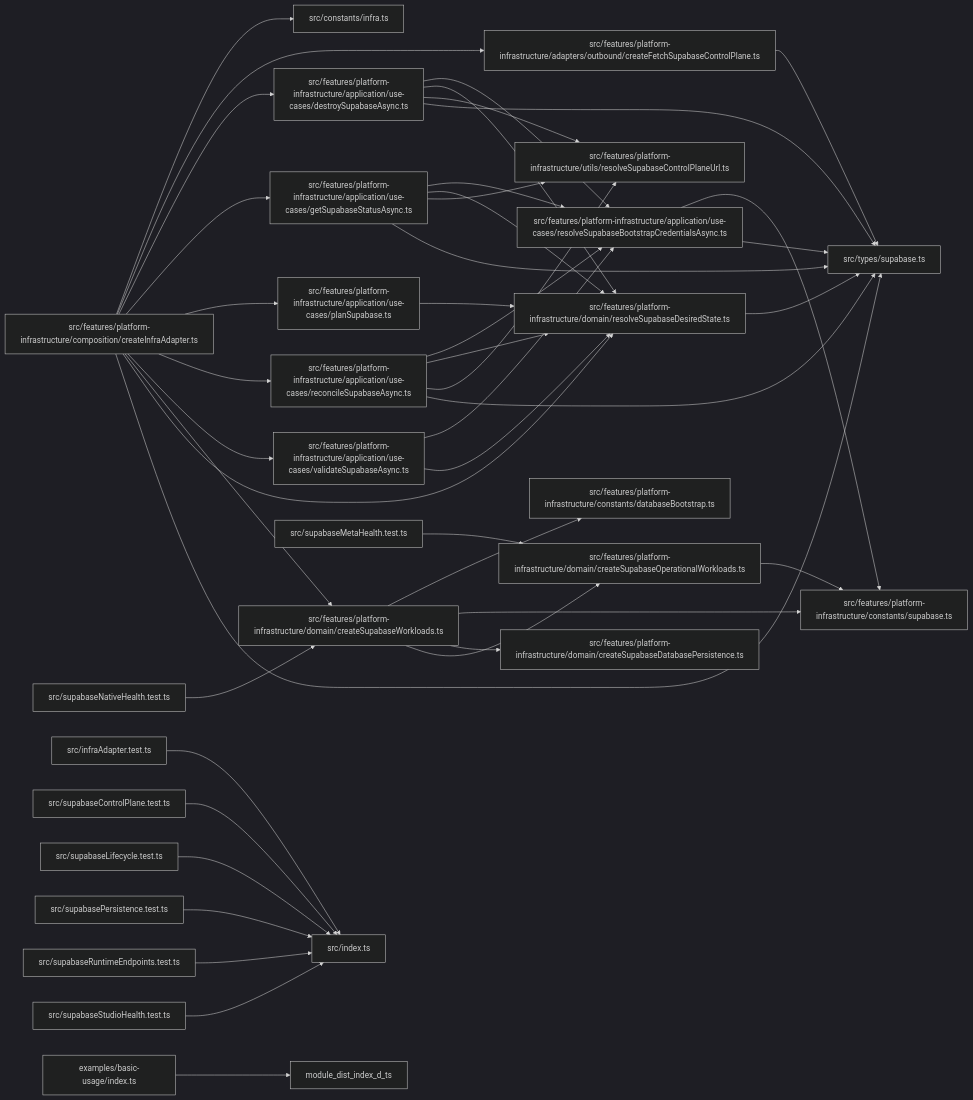
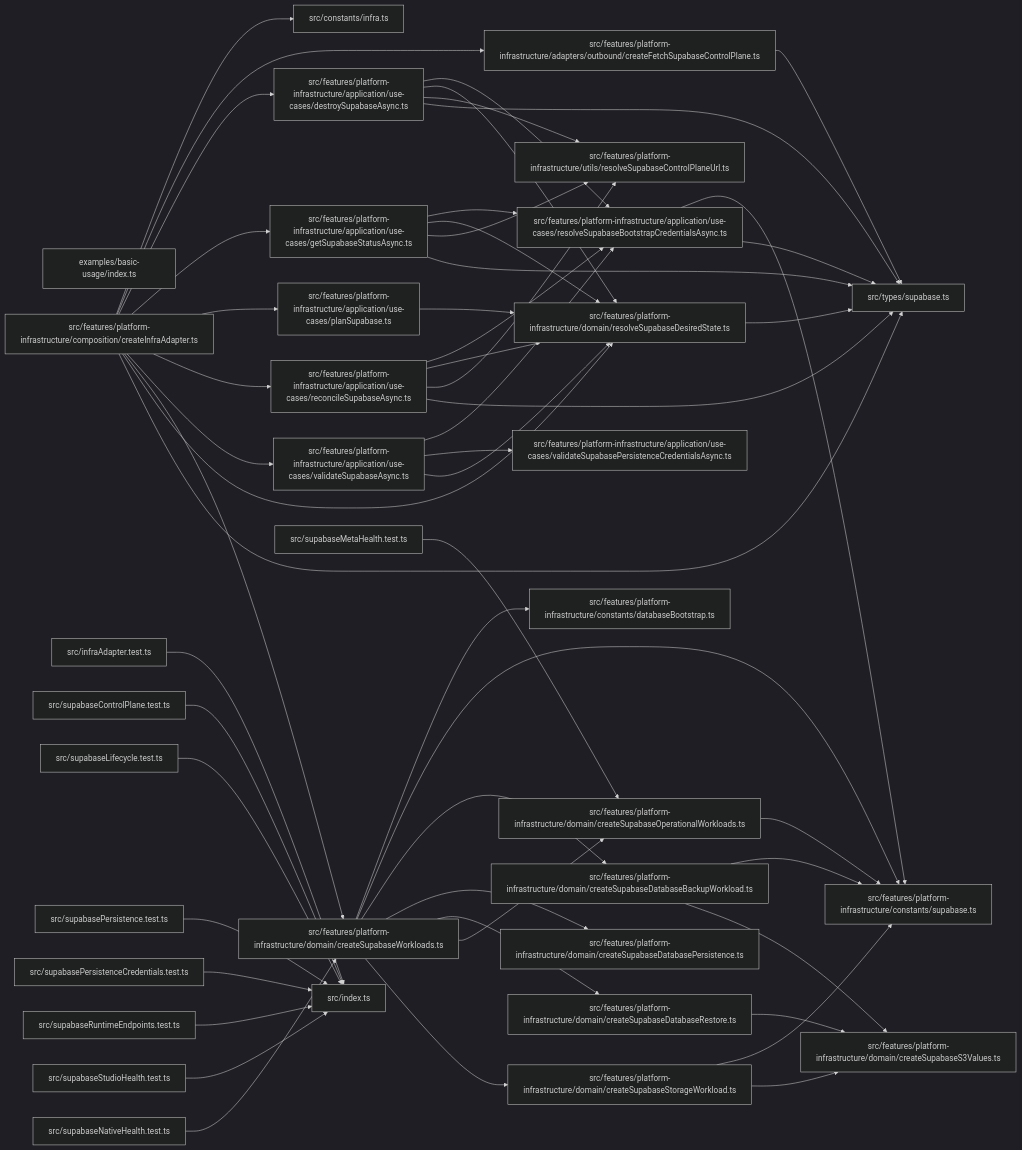
One commit to ankhorage/supabase changed the diagram in paradox/diagrams/module-relationships.mmd. Above: the diagram before and after it, drawn with Mermaid (dark theme). The commit also changed 9 other files, not shown here.

```diff
--- a/paradox/diagrams/module-relationships.mmd
+++ b/paradox/diagrams/module-relationships.mmd
@@ -1,71 +1,86 @@
 graph LR
   module_examples_basic_usage_index_ts["examples/basic-usage/index.ts"]
   module_src_constants_infra_ts["src/constants/infra.ts"]
   module_src_features_platform_infrastructure_adapters_outbound_createFetchSupabaseControlPlane_ts["src/features/platform-infrastructure/adapters/outbound/createFetchSupabaseControlPlane.ts"]
   module_src_features_platform_infrastructure_application_use_cases_destroySupabaseAsync_ts["src/features/platform-infrastructure/application/use-cases/destroySupabaseAsync.ts"]
   module_src_features_platform_infrastructure_application_use_cases_getSupabaseStatusAsync_ts["src/features/platform-infrastructure/application/use-cases/getSupabaseStatusAsync.ts"]
   module_src_features_platform_infrastructure_application_use_cases_planSupabase_ts["src/features/platform-infrastructure/application/use-cases/planSupabase.ts"]
   module_src_features_platform_infrastructure_application_use_cases_reconcileSupabaseAsync_ts["src/features/platform-infrastructure/application/use-cases/reconcileSupabaseAsync.ts"]
   module_src_features_platform_infrastructure_application_use_cases_resolveSupabaseBootstrapCredentialsAsync_ts["src/features/platform-infrastructure/application/use-cases/resolveSupabaseBootstrapCredentialsAsync.ts"]
   module_src_features_platform_infrastructure_application_use_cases_validateSupabaseAsync_ts["src/features/platform-infrastructure/application/use-cases/validateSupabaseAsync.ts"]
+  module_src_features_platform_infrastructure_application_use_cases_validateSupabasePersistenceCredentialsAsync_ts["src/features/platform-infrastructure/application/use-cases/validateSupabasePersistenceCredentialsAsync.ts"]
   module_src_features_platform_infrastructure_composition_createInfraAdapter_ts["src/features/platform-infrastructure/composition/createInfraAdapter.ts"]
   module_src_features_platform_infrastructure_constants_databaseBootstrap_ts["src/features/platform-infrastructure/constants/databaseBootstrap.ts"]
   module_src_features_platform_infrastructure_constants_supabase_ts["src/features/platform-infrastructure/constants/supabase.ts"]
+  module_src_features_platform_infrastructure_domain_createSupabaseDatabaseBackupWorkload_ts["src/features/platform-infrastructure/domain/createSupabaseDatabaseBackupWorkload.ts"]
   module_src_features_platform_infrastructure_domain_createSupabaseDatabasePersistence_ts["src/features/platform-infrastructure/domain/createSupabaseDatabasePersistence.ts"]
+  module_src_features_platform_infrastructure_domain_createSupabaseDatabaseRestore_ts["src/features/platform-infrastructure/domain/createSupabaseDatabaseRestore.ts"]
   module_src_features_platform_infrastructure_domain_createSupabaseOperationalWorkloads_ts["src/features/platform-infrastructure/domain/createSupabaseOperationalWorkloads.ts"]
+  module_src_features_platform_infrastructure_domain_createSupabaseS3Values_ts["src/features/platform-infrastructure/domain/createSupabaseS3Values.ts"]
+  module_src_features_platform_infrastructure_domain_createSupabaseStorageWorkload_ts["src/features/platform-infrastructure/domain/createSupabaseStorageWorkload.ts"]
   module_src_features_platform_infrastructure_domain_createSupabaseWorkloads_ts["src/features/platform-infrastructure/domain/createSupabaseWorkloads.ts"]
   module_src_features_platform_infrastructure_domain_resolveSupabaseDesiredState_ts["src/features/platform-infrastructure/domain/resolveSupabaseDesiredState.ts"]
   module_src_features_platform_infrastructure_utils_resolveSupabaseControlPlaneUrl_ts["src/features/platform-infrastructure/utils/resolveSupabaseControlPlaneUrl.ts"]
   module_src_index_ts["src/index.ts"]
   module_src_infraAdapter_test_ts["src/infraAdapter.test.ts"]
   module_src_supabaseControlPlane_test_ts["src/supabaseControlPlane.test.ts"]
   module_src_supabaseLifecycle_test_ts["src/supabaseLifecycle.test.ts"]
   module_src_supabaseMetaHealth_test_ts["src/supabaseMetaHealth.test.ts"]
   module_src_supabaseNativeHealth_test_ts["src/supabaseNativeHealth.test.ts"]
   module_src_supabasePersistence_test_ts["src/supabasePersistence.test.ts"]
+  module_src_supabasePersistenceCredentials_test_ts["src/supabasePersistenceCredentials.test.ts"]
   module_src_supabaseRuntimeEndpoints_test_ts["src/supabaseRuntimeEndpoints.test.ts"]
   module_src_supabaseStudioHealth_test_ts["src/supabaseStudioHealth.test.ts"]
   module_src_types_supabase_ts["src/types/supabase.ts"]
-  module_examples_basic_usage_index_ts --> module_dist_index_d_ts
   module_src_features_platform_infrastructure_adapters_outbound_createFetchSupabaseControlPlane_ts --> module_src_types_supabase_ts
   module_src_features_platform_infrastructure_application_use_cases_destroySupabaseAsync_ts --> module_src_features_platform_infrastructure_application_use_cases_resolveSupabaseBootstrapCredentialsAsync_ts
   module_src_features_platform_infrastructure_application_use_cases_destroySupabaseAsync_ts --> module_src_features_platform_infrastructure_domain_resolveSupabaseDesiredState_ts
   module_src_features_platform_infrastructure_application_use_cases_destroySupabaseAsync_ts --> module_src_features_platform_infrastructure_utils_resolveSupabaseControlPlaneUrl_ts
   module_src_features_platform_infrastructure_application_use_cases_destroySupabaseAsync_ts --> module_src_types_supabase_ts
   module_src_features_platform_infrastructure_application_use_cases_getSupabaseStatusAsync_ts --> module_src_features_platform_infrastructure_application_use_cases_resolveSupabaseBootstrapCredentialsAsync_ts
   module_src_features_platform_infrastructure_application_use_cases_getSupabaseStatusAsync_ts --> module_src_features_platform_infrastructure_domain_resolveSupabaseDesiredState_ts
   module_src_features_platform_infrastructure_application_use_cases_getSupabaseStatusAsync_ts --> module_src_features_platform_infrastructure_utils_resolveSupabaseControlPlaneUrl_ts
   module_src_features_platform_infrastructure_application_use_cases_getSupabaseStatusAsync_ts --> module_src_types_supabase_ts
   module_src_features_platform_infrastructure_application_use_cases_planSupabase_ts --> module_src_features_platform_infrastructure_domain_resolveSupabaseDesiredState_ts
   module_src_features_platform_infrastructure_application_use_cases_reconcileSupabaseAsync_ts --> module_src_features_platform_infrastructure_application_use_cases_resolveSupabaseBootstrapCredentialsAsync_ts
   module_src_features_platform_infrastructure_application_use_cases_reconcileSupabaseAsync_ts --> module_src_features_platform_infrastructure_domain_resolveSupabaseDesiredState_ts
   module_src_features_platform_infrastructure_application_use_cases_reconcileSupabaseAsync_ts --> module_src_features_platform_infrastructure_utils_resolveSupabaseControlPlaneUrl_ts
   module_src_features_platform_infrastructure_application_use_cases_reconcileSupabaseAsync_ts --> module_src_types_supabase_ts
   module_src_features_platform_infrastructure_application_use_cases_resolveSupabaseBootstrapCredentialsAsync_ts --> module_src_features_platform_infrastructure_constants_supabase_ts
   module_src_features_platform_infrastructure_application_use_cases_resolveSupabaseBootstrapCredentialsAsync_ts --> module_src_types_supabase_ts
   module_src_features_platform_infrastructure_application_use_cases_validateSupabaseAsync_ts --> module_src_features_platform_infrastructure_application_use_cases_resolveSupabaseBootstrapCredentialsAsync_ts
+  module_src_features_platform_infrastructure_application_use_cases_validateSupabaseAsync_ts --> module_src_features_platform_infrastructure_application_use_cases_validateSupabasePersistenceCredentialsAsync_ts
   module_src_features_platform_infrastructure_application_use_cases_validateSupabaseAsync_ts --> module_src_features_platform_infrastructure_domain_resolveSupabaseDesiredState_ts
   module_src_features_platform_infrastructure_composition_createInfraAdapter_ts --> module_src_constants_infra_ts
   module_src_features_platform_infrastructure_composition_createInfraAdapter_ts --> module_src_features_platform_infrastructure_adapters_outbound_createFetchSupabaseControlPlane_ts
   module_src_features_platform_infrastructure_composition_createInfraAdapter_ts --> module_src_features_platform_infrastructure_application_use_cases_destroySupabaseAsync_ts
   module_src_features_platform_infrastructure_composition_createInfraAdapter_ts --> module_src_features_platform_infrastructure_application_use_cases_getSupabaseStatusAsync_ts
   module_src_features_platform_infrastructure_composition_createInfraAdapter_ts --> module_src_features_platform_infrastructure_application_use_cases_planSupabase_ts
   module_src_features_platform_infrastructure_composition_createInfraAdapter_ts --> module_src_features_platform_infrastructure_application_use_cases_reconcileSupabaseAsync_ts
   module_src_features_platform_infrastructure_composition_createInfraAdapter_ts --> module_src_features_platform_infrastructure_application_use_cases_validateSupabaseAsync_ts
   module_src_features_platform_infrastructure_composition_createInfraAdapter_ts --> module_src_features_platform_infrastructure_domain_createSupabaseWorkloads_ts
   module_src_features_platform_infrastructure_composition_createInfraAdapter_ts --> module_src_features_platform_infrastructure_domain_resolveSupabaseDesiredState_ts
   module_src_features_platform_infrastructure_composition_createInfraAdapter_ts --> module_src_types_supabase_ts
+  module_src_features_platform_infrastructure_domain_createSupabaseDatabaseBackupWorkload_ts --> module_src_features_platform_infrastructure_constants_supabase_ts
+  module_src_features_platform_infrastructure_domain_createSupabaseDatabaseBackupWorkload_ts --> module_src_features_platform_infrastructure_domain_createSupabaseS3Values_ts
+  module_src_features_platform_infrastructure_domain_createSupabaseDatabaseRestore_ts --> module_src_features_platform_infrastructure_domain_createSupabaseS3Values_ts
   module_src_features_platform_infrastructure_domain_createSupabaseOperationalWorkloads_ts --> module_src_features_platform_infrastructure_constants_supabase_ts
+  module_src_features_platform_infrastructure_domain_createSupabaseStorageWorkload_ts --> module_src_features_platform_infrastructure_constants_supabase_ts
+  module_src_features_platform_infrastructure_domain_createSupabaseStorageWorkload_ts --> module_src_features_platform_infrastructure_domain_createSupabaseS3Values_ts
   module_src_features_platform_infrastructure_domain_createSupabaseWorkloads_ts --> module_src_features_platform_infrastructure_constants_databaseBootstrap_ts
   module_src_features_platform_infrastructure_domain_createSupabaseWorkloads_ts --> module_src_features_platform_infrastructure_constants_supabase_ts
+  module_src_features_platform_infrastructure_domain_createSupabaseWorkloads_ts --> module_src_features_platform_infrastructure_domain_createSupabaseDatabaseBackupWorkload_ts
   module_src_features_platform_infrastructure_domain_createSupabaseWorkloads_ts --> module_src_features_platform_infrastructure_domain_createSupabaseDatabasePersistence_ts
+  module_src_features_platform_infrastructure_domain_createSupabaseWorkloads_ts --> module_src_features_platform_infrastructure_domain_createSupabaseDatabaseRestore_ts
   module_src_features_platform_infrastructure_domain_createSupabaseWorkloads_ts --> module_src_features_platform_infrastructure_domain_createSupabaseOperationalWorkloads_ts
+  module_src_features_platform_infrastructure_domain_createSupabaseWorkloads_ts --> module_src_features_platform_infrastructure_domain_createSupabaseStorageWorkload_ts
   module_src_features_platform_infrastructure_domain_resolveSupabaseDesiredState_ts --> module_src_types_supabase_ts
   module_src_infraAdapter_test_ts --> module_src_index_ts
   module_src_supabaseControlPlane_test_ts --> module_src_index_ts
   module_src_supabaseLifecycle_test_ts --> module_src_index_ts
   module_src_supabaseMetaHealth_test_ts --> module_src_features_platform_infrastructure_domain_createSupabaseOperationalWorkloads_ts
   module_src_supabaseNativeHealth_test_ts --> module_src_features_platform_infrastructure_domain_createSupabaseWorkloads_ts
   module_src_supabasePersistence_test_ts --> module_src_index_ts
+  module_src_supabasePersistenceCredentials_test_ts --> module_src_index_ts
   module_src_supabaseRuntimeEndpoints_test_ts --> module_src_index_ts
   module_src_supabaseStudioHealth_test_ts --> module_src_index_ts
```
